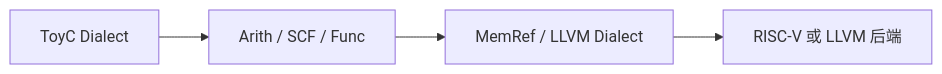
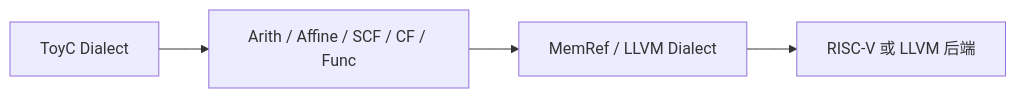
Before and after one commit to lightsmilew/compiler-principles: the third of 4 diagrams in docs/reference/llvm-mlir.md, drawn with Mermaid. The commit also changed other lines of this file and 15 other files, not shown here.

````diff
--- a/docs/reference/llvm-mlir.md
+++ b/docs/reference/llvm-mlir.md
@@ -209,6 +381,6 @@
 ```mermaid
 flowchart LR
-  T[ToyC Dialect] --> A[Arith / SCF / Func]
+  T[ToyC Dialect] --> A[Arith / Affine / SCF / CF / Func]
   A --> M[MemRef / LLVM Dialect]
   M --> R[RISC-V 或 LLVM 后端]
 ```
````
